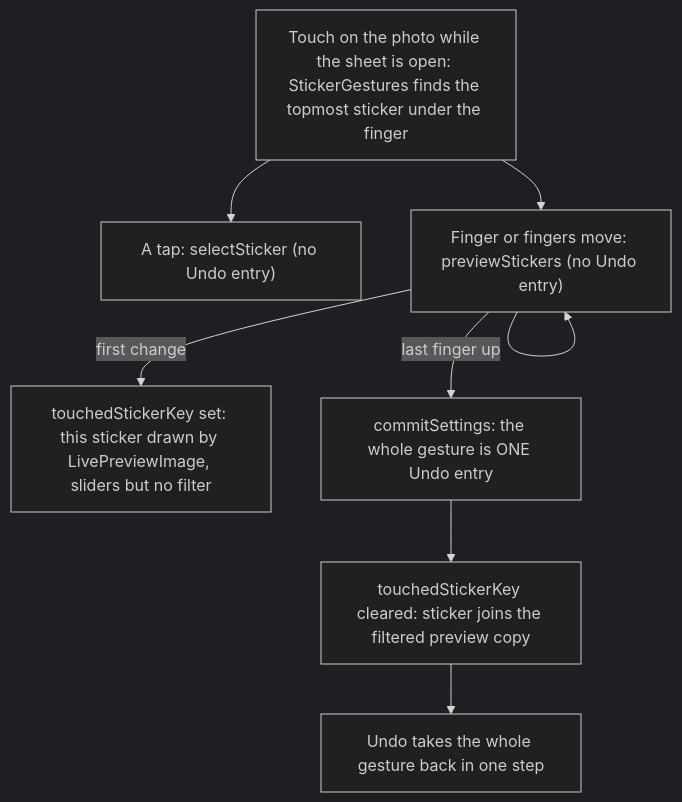
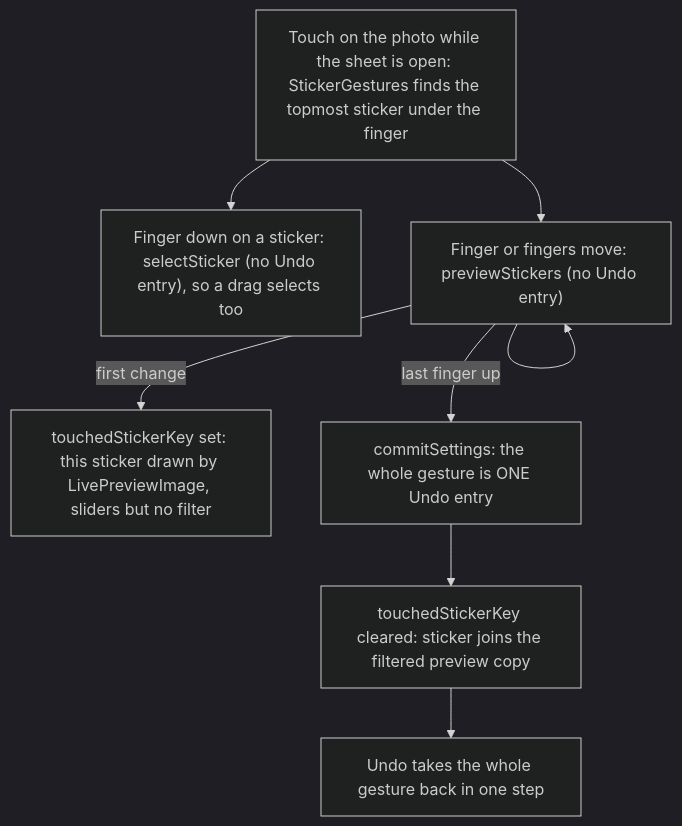
One commit to Phong-Kaster/Kanso changed the third of 4 diagrams in docs/features/edit.md. Above: the diagram before and after it, drawn with Mermaid (dark theme). The commit also changed other lines of this file and 9 other files, not shown here.

````diff
--- a/docs/features/edit.md
+++ b/docs/features/edit.md
@@ -212,10 +215,10 @@
 ```mermaid
 flowchart TD
-    D["Touch on the photo while the sheet is open: StickerGestures finds the topmost sticker under the finger"] --> SEL["A tap: selectSticker (no Undo entry)"]
+    D["Touch on the photo while the sheet is open: StickerGestures finds the topmost sticker under the finger"] --> SEL["Finger down on a sticker: selectSticker (no Undo entry), so a drag selects too"]
     D --> MV["Finger or fingers move: previewStickers (no Undo entry)"]
     MV -->|"first change"| TK["touchedStickerKey set: this sticker drawn by LivePreviewImage, sliders but no filter"]
     MV --> MV
     MV -->|"last finger up"| C["commitSettings: the whole gesture is ONE Undo entry"]
     C --> CL["touchedStickerKey cleared: sticker joins the filtered preview copy"]
     CL --> U["Undo takes the whole gesture back in one step"]
 ```
````
